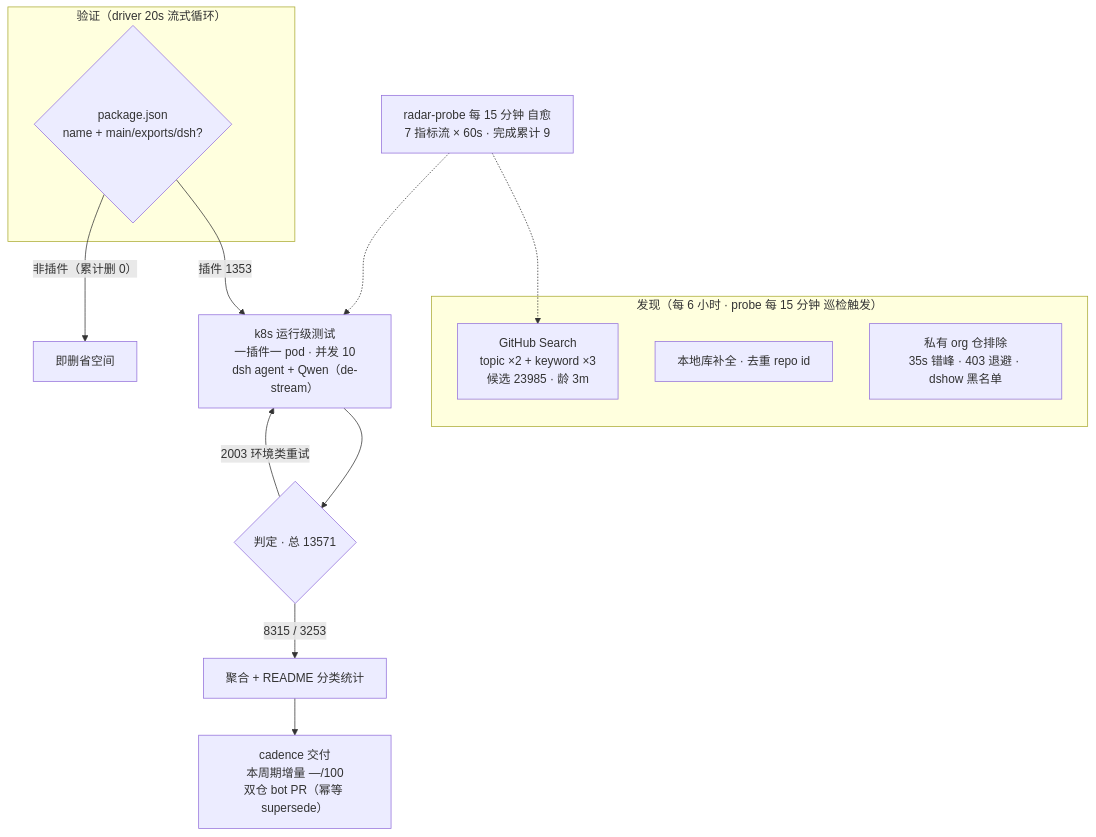
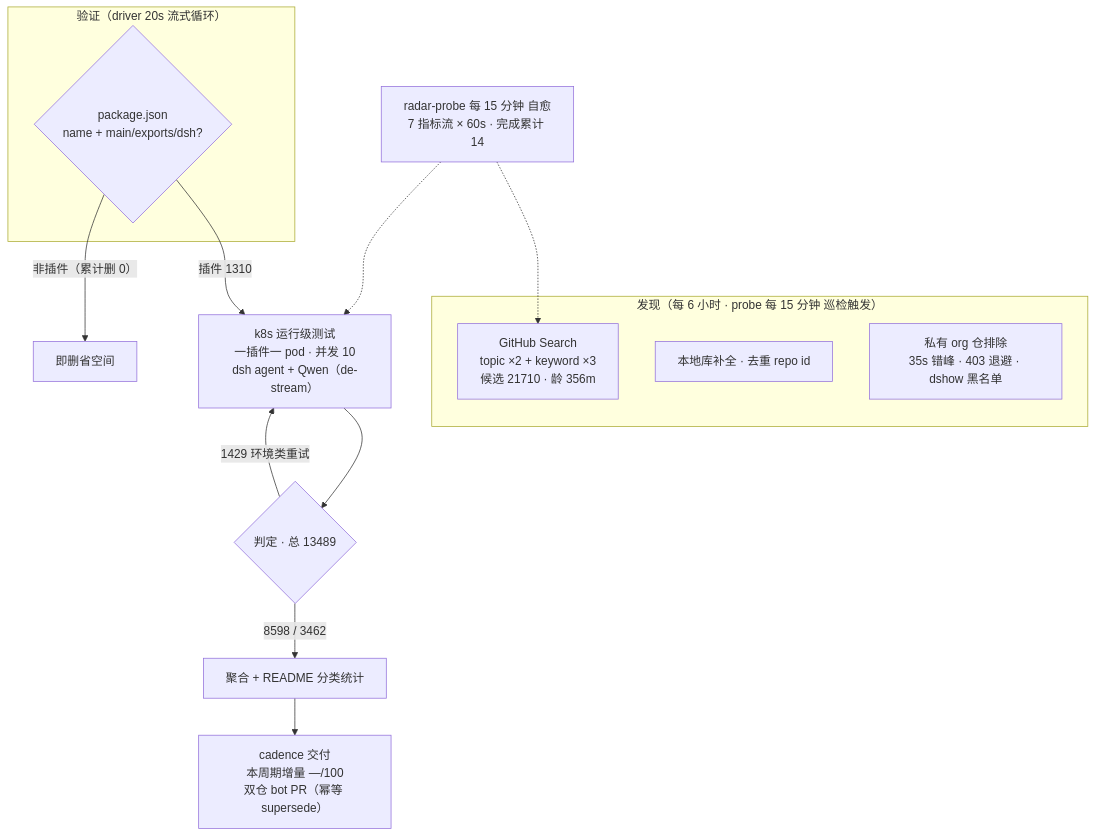
The diagram in README.md (AdamPlatin123/dsh-plugin-radar), drawn with Mermaid before and after one commit. The commit also changed other lines of this file and 17 other files, not shown here.

````diff
--- a/README.md
+++ b/README.md
@@ -92,20 +94,20 @@
 ```mermaid
 flowchart TB
     subgraph Discovery["发现（每 6 小时 · probe 每 15 分钟 巡检触发）"]
-        A1["GitHub Search<br/>topic ×2 + keyword ×3<br/>候选 23985 · 龄 3m"]
+        A1["GitHub Search<br/>topic ×2 + keyword ×3<br/>候选 21710 · 龄 356m"]
         A2["本地库补全 · 去重 repo id"]
         A3["私有 org 仓排除<br/>35s 错峰 · 403 退避 · dshow 黑名单"]
     end
     subgraph Validation["验证（driver 20s 流式循环）"]
         B1{"package.json<br/>name + main/exports/dsh?"}
     end
-    B1 -->|"插件 1353"| C1["k8s 运行级测试<br/>一插件一 pod · 并发 10<br/>dsh agent + Qwen（de-stream）"]
+    B1 -->|"插件 1310"| C1["k8s 运行级测试<br/>一插件一 pod · 并发 10<br/>dsh agent + Qwen（de-stream）"]
     B1 -->|"非插件（累计删 0）"| B3["即删省空间"]
-    C1 --> D1{"判定 · 总 13571"}
-    D1 -->|"8315 / 3253"| E1["聚合 + README 分类统计"]
-    D1 -->|"2003 环境类重试"| C1
+    C1 --> D1{"判定 · 总 13489"}
+    D1 -->|"8598 / 3462"| E1["聚合 + README 分类统计"]
+    D1 -->|"1429 环境类重试"| C1
     E1 --> E2["cadence 交付<br/>本周期增量 —/100<br/>双仓 bot PR（幂等 supersede）"]
-    M["radar-probe 每 15 分钟 自愈<br/>7 指标流 × 60s · 完成累计 9"]
+    M["radar-probe 每 15 分钟 自愈<br/>7 指标流 × 60s · 完成累计 14"]
     M -.-> A1
     M -.-> C1
 ```
````
